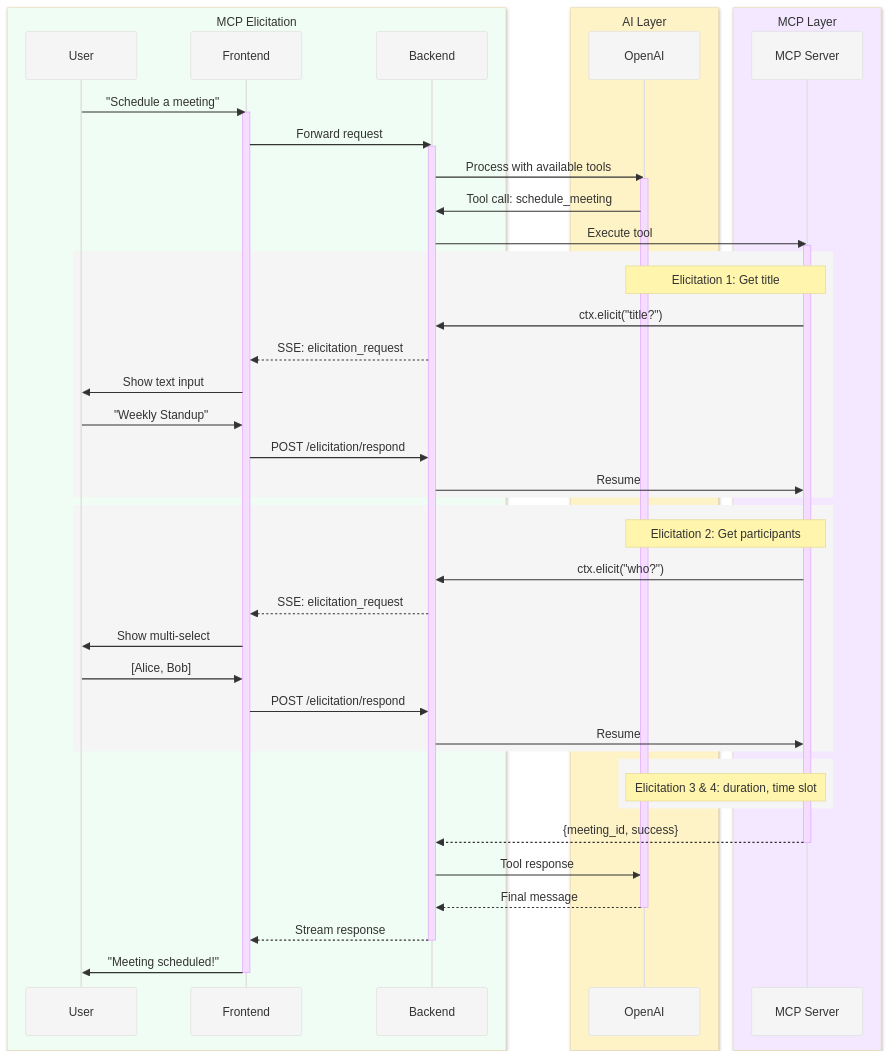
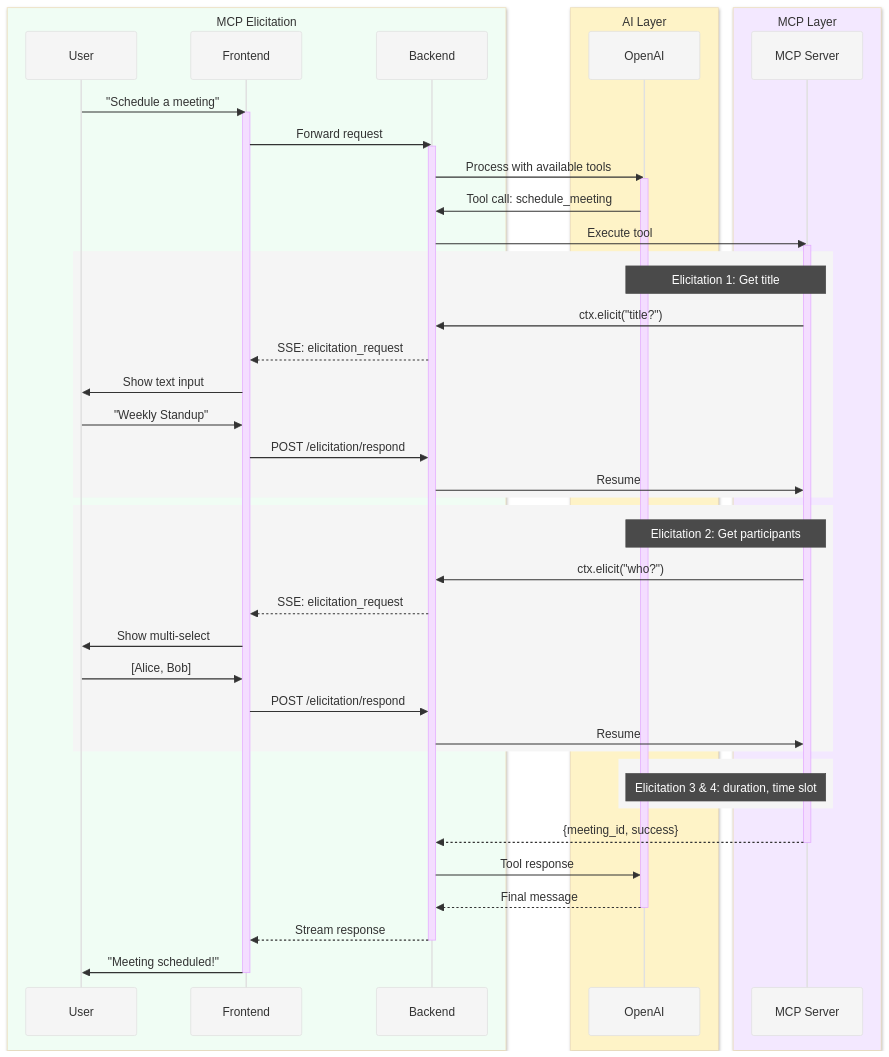
The second of 2 diagrams in README.md (quickcall-dev/quickcall-mcp-elicitation), drawn with Mermaid before and after one commit.

Commit message:
Style elicitation notes with dark headers

````diff
--- a/README.md
+++ b/README.md
@@ -81,59 +81,59 @@
 ```mermaid
-%%{init: {'theme': 'base', 'themeVariables': { 'actorBkg': '#f5f5f5', 'actorBorder': '#e0e0e0' }}}%%
+%%{init: {'theme': 'base', 'themeVariables': { 'actorBkg': '#f5f5f5', 'actorBorder': '#e0e0e0', 'noteBkgColor': '#4a4a4a', 'noteTextColor': '#ffffff', 'noteBorderColor': '#4a4a4a' }}}%%
 sequenceDiagram
     box rgb(240, 253, 244) MCP Elicitation
         participant User
         participant Frontend
         participant Backend
     end
     box rgb(254, 243, 199) AI Layer
         participant OpenAI
     end
     box rgb(243, 232, 255) MCP Layer
         participant MCP as MCP Server
     end
 
     User->>Frontend: "Schedule a meeting"
     activate Frontend
     Frontend->>Backend: Forward request
     activate Backend
     Backend->>OpenAI: Process with available tools
     activate OpenAI
     OpenAI->>Backend: Tool call: schedule_meeting
     Backend->>MCP: Execute tool
     activate MCP
 
     rect rgb(245, 245, 245)
         Note over OpenAI,MCP: Elicitation 1: Get title
         MCP->>Backend: ctx.elicit("title?")
         Backend-->>Frontend: SSE: elicitation_request
         Frontend->>User: Show text input
         User->>Frontend: "Weekly Standup"
         Frontend->>Backend: POST /elicitation/respond
         Backend->>MCP: Resume
     end
 
     rect rgb(245, 245, 245)
         Note over OpenAI,MCP: Elicitation 2: Get participants
         MCP->>Backend: ctx.elicit("who?")
         Backend-->>Frontend: SSE: elicitation_request
         Frontend->>User: Show multi-select
         User->>Frontend: [Alice, Bob]
         Frontend->>Backend: POST /elicitation/respond
         Backend->>MCP: Resume
     end
 
     rect rgb(245, 245, 245)
         Note over OpenAI,MCP: Elicitation 3 & 4: duration, time slot
     end
 
     MCP-->>Backend: {meeting_id, success}
     deactivate MCP
     Backend->>OpenAI: Tool response
     OpenAI-->>Backend: Final message
     deactivate OpenAI
     Backend-->>Frontend: Stream response
     deactivate Backend
     Frontend->>User: "Meeting scheduled!"
     deactivate Frontend
 ```
````
